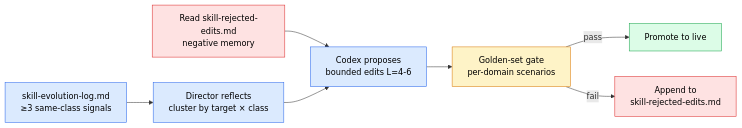
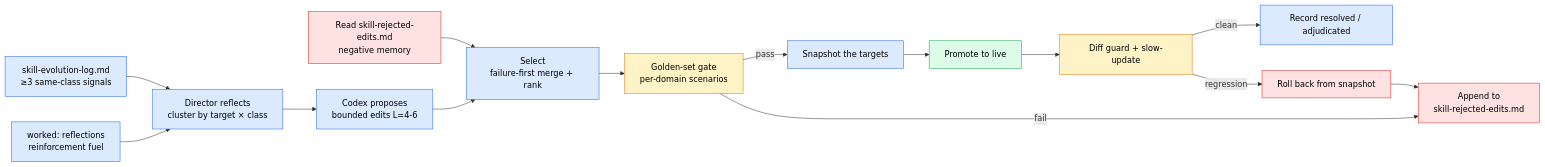
One commit to AgentShekel/agentic-workflow changed the fifth of 6 diagrams in ARCHITECTURE.md. Above: the diagram before and after it, drawn with Mermaid. The commit also changed other lines of this file and 3 other files, not shown here.

First line of the commit message:
docs: bring README and ARCHITECTURE up to the current system, EN and RU

````diff
--- a/ARCHITECTURE.md
+++ b/ARCHITECTURE.md
@@ -773,27 +795,40 @@
 ```mermaid
 flowchart LR
     SIG["skill-evolution-log.md<br/>≥3 same-class signals"]
+    WRK["worked: reflections<br/>reinforcement fuel"]
     REF[Director reflects<br/>cluster by target × class]
     REJ[Read skill-rejected-edits.md<br/>negative memory]
     CDX[Codex proposes<br/>bounded edits L=4-6]
+    SEL[Select<br/>failure-first merge + rank]
     GLD[Golden-set gate<br/>per-domain scenarios]
+    SNAP[Snapshot the targets]
     PROM[Promote to live]
+    VER[Diff guard + slow-update]
+    REC[Record resolved / adjudicated]
+    RB[Roll back from snapshot]
     REJBUF[Append to<br/>skill-rejected-edits.md]
 
     SIG --> REF
-    REJ --> CDX
+    WRK --> REF
+    REJ --> SEL
     REF --> CDX
-    CDX --> GLD
-    GLD -->|pass| PROM
+    CDX --> SEL
+    SEL --> GLD
+    GLD -->|pass| SNAP
+    SNAP --> PROM
+    PROM --> VER
+    VER -->|clean| REC
+    VER -->|regression| RB
+    RB --> REJBUF
     GLD -->|fail| REJBUF
 
     classDef proc fill:#dbeafe,stroke:#2563eb,color:#000
     classDef gate fill:#fef3c7,stroke:#d97706,color:#000
     classDef out fill:#dcfce7,stroke:#16a34a,color:#000
     classDef neg fill:#fee2e2,stroke:#dc2626,color:#000
 
-    class SIG,REF,CDX proc
-    class GLD gate
+    class SIG,WRK,REF,CDX,SEL,SNAP,REC proc
+    class GLD,VER gate
     class PROM out
-    class REJ,REJBUF neg
+    class REJ,REJBUF,RB neg
 ```
````
